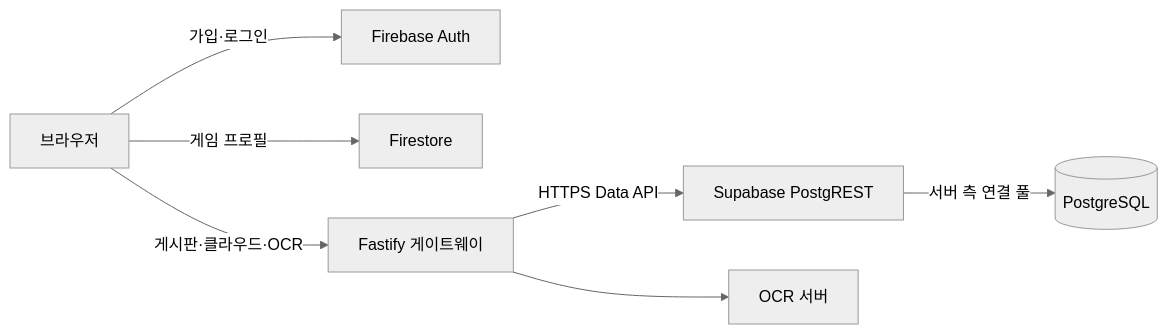
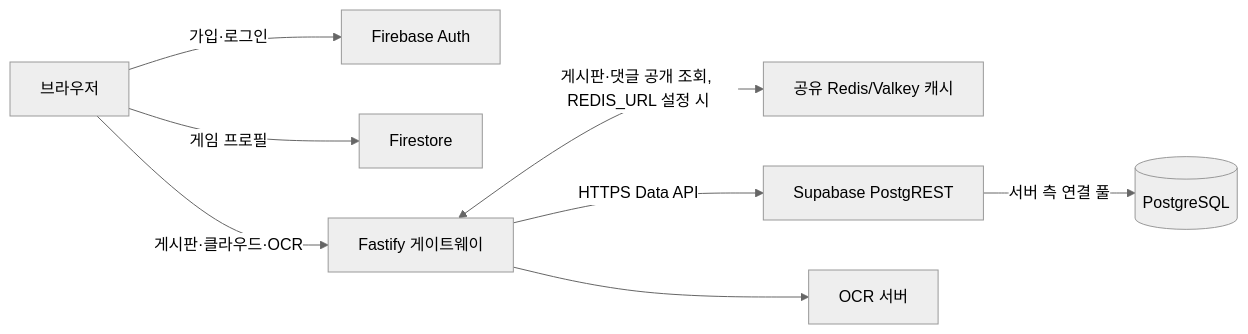
Before and after one commit to S-Series/wuthering: the first of 2 diagrams in backend/gateway/SCALING.md, drawn with Mermaid (neutral theme). The commit also changed other lines of this file and 14 other files, not shown here.

First line of the commit message:
Add shared Redis cache for board reads

````diff
--- a/backend/gateway/SCALING.md
+++ b/backend/gateway/SCALING.md
@@ -26,9 +26,10 @@
 ```mermaid
 flowchart LR
   Browser[브라우저] -->|가입·로그인| Auth[Firebase Auth]
   Browser -->|게임 프로필| Firestore[Firestore]
   Browser -->|게시판·클라우드·OCR| API[Fastify 게이트웨이]
+  API <-->|게시판·댓글 공개 조회, REDIS_URL 설정 시| BoardCache[공유 Redis/Valkey 캐시]
   API -->|HTTPS Data API| PostgREST[Supabase PostgREST]
   PostgREST -->|서버 측 연결 풀| DB[(PostgreSQL)]
   API --> OCR[OCR 서버]
 ```
````
